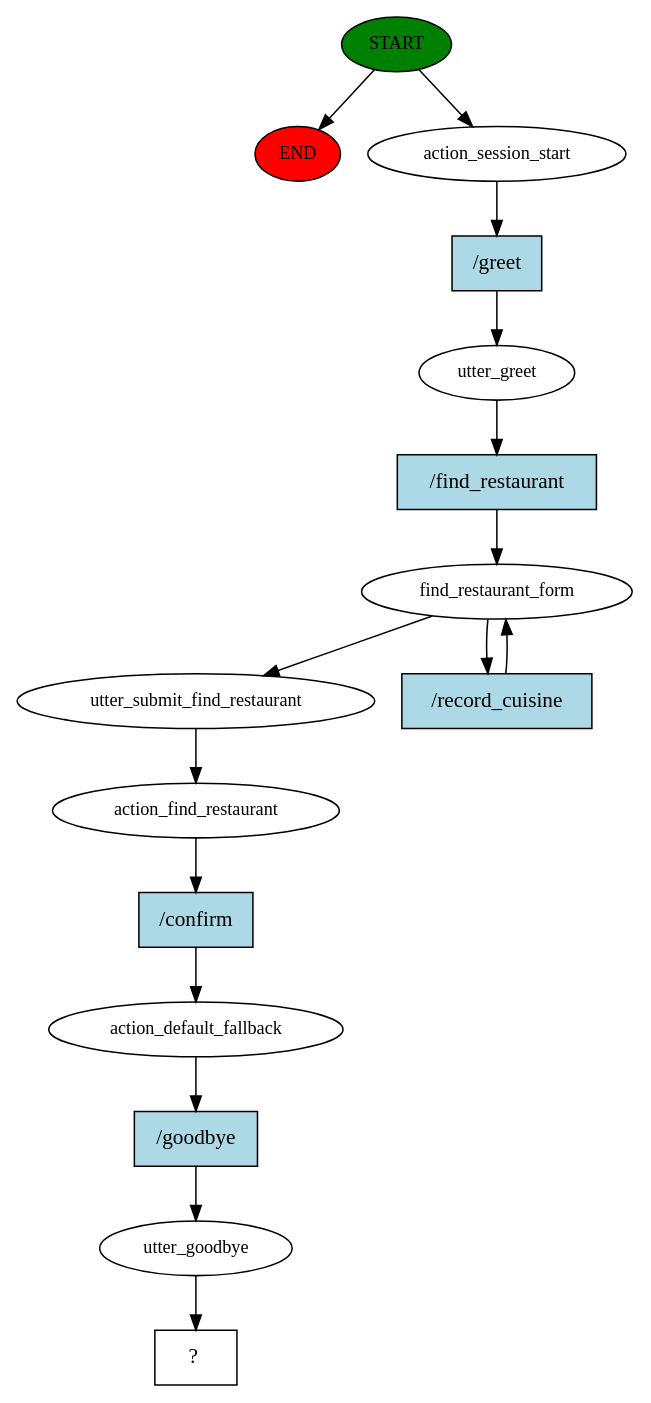
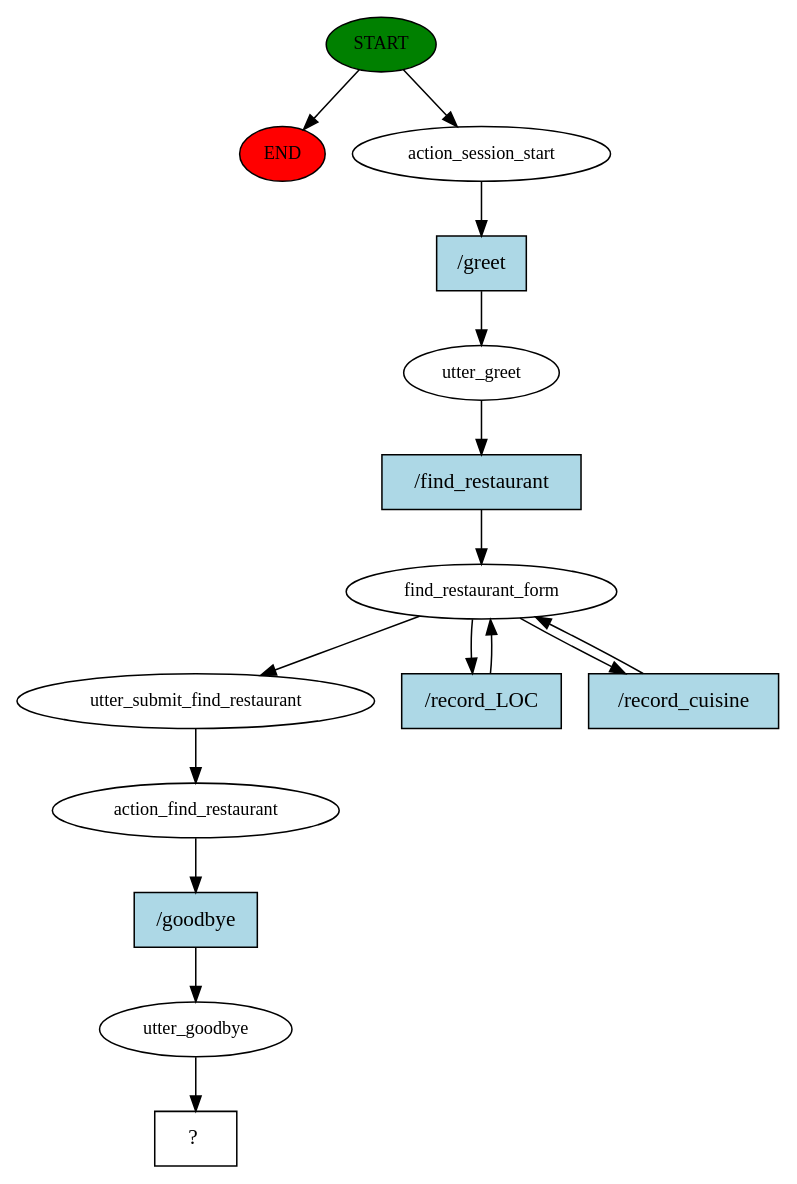
The diagram in rasa_chatbot/story_graph.dot (AsiaSzych/IU_Voice_Assistants), drawn with Graphviz before and after one commit. The commit also changed 12 other files, not shown here.

```diff
--- a/rasa_chatbot/story_graph.dot
+++ b/rasa_chatbot/story_graph.dot
@@ -1,32 +1,31 @@
 digraph  {
 0 [class="start active", fillcolor=green, fontsize=12, label=START, style=filled];
 "-1" [class=end, fillcolor=red, fontsize=12, label=END, style=filled];
 1 [class=active, fontsize=12, label=action_session_start];
 2 [class=active, fontsize=12, label=utter_greet];
 3 [class=active, fontsize=12, label=find_restaurant_form];
-5 [class=active, fontsize=12, label=utter_submit_find_restaurant];
-6 [class=active, fontsize=12, label=action_find_restaurant];
-7 [class=active, fontsize=12, label=action_default_fallback];
+6 [class=active, fontsize=12, label=utter_submit_find_restaurant];
+7 [class=active, fontsize=12, label=action_find_restaurant];
 8 [class=active, fontsize=12, label=utter_goodbye];
 9 [class="intent dashed active", label="  ?  ", shape=rect];
 10 [class="intent active", fillcolor=lightblue, label="/greet", shape=rect, style=filled];
 11 [class="intent active", fillcolor=lightblue, label="/find_restaurant", shape=rect, style=filled];
-12 [class="intent active", fillcolor=lightblue, label="/record_cuisine", shape=rect, style=filled];
-13 [class="intent active", fillcolor=lightblue, label="/confirm", shape=rect, style=filled];
+12 [class="intent active", fillcolor=lightblue, label="/record_LOC", shape=rect, style=filled];
+13 [class="intent active", fillcolor=lightblue, label="/record_cuisine", shape=rect, style=filled];
 14 [class="intent active", fillcolor=lightblue, label="/goodbye", shape=rect, style=filled];
 0 -> "-1"  [class="", key=NONE, label=""];
 0 -> 1  [class=active, key=NONE, label=""];
 1 -> 10  [class=active, key=0];
 2 -> 11  [class=active, key=0];
-3 -> 5  [class=active, key=NONE, label=""];
+3 -> 6  [class=active, key=NONE, label=""];
 3 -> 12  [class=active, key=0];
-5 -> 6  [class=active, key=NONE, label=""];
-6 -> 13  [class=active, key=0];
+3 -> 13  [class=active, key=0];
+6 -> 7  [class=active, key=NONE, label=""];
 7 -> 14  [class=active, key=0];
 8 -> 9  [class=active, key=NONE, label=""];
 10 -> 2  [class=active, key=0];
 11 -> 3  [class=active, key=0];
 12 -> 3  [class=active, key=0];
-13 -> 7  [class=active, key=0];
+13 -> 3  [class=active, key=0];
 14 -> 8  [class=active, key=0];
 }
```
